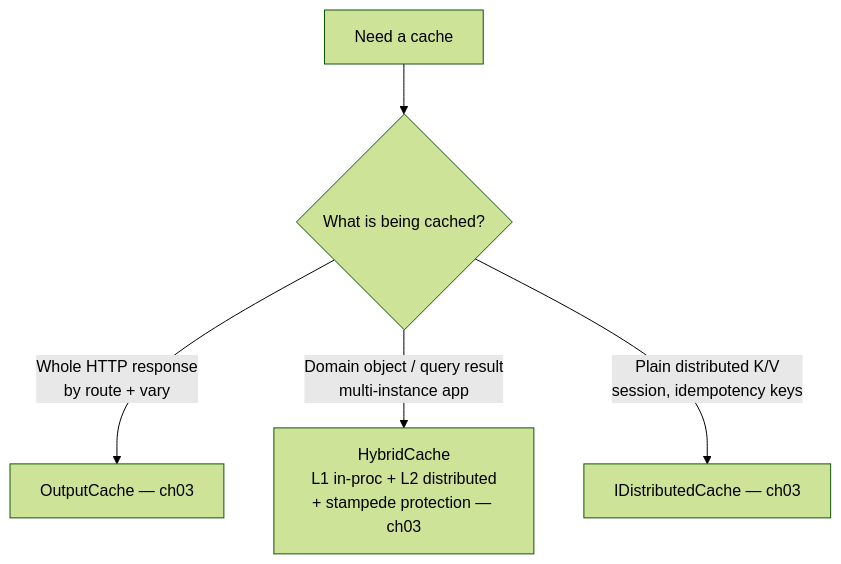
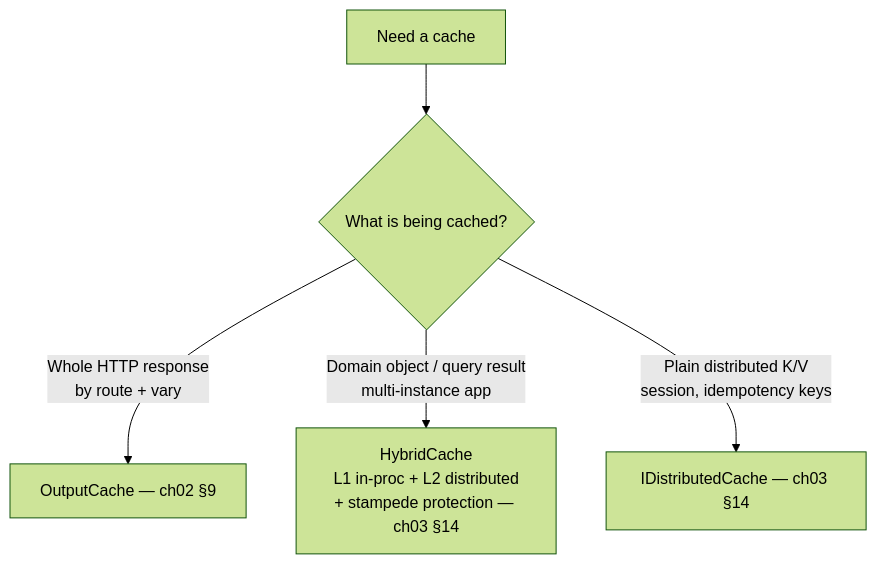
Diagram 13 of 17 in docs/decision-trees.md (mghabin/dotnet-engineering-guide), drawn with Mermaid (forest theme) before and after one commit. The commit also changed other lines of this file and 8 other files, not shown here.

````diff
--- a/docs/decision-trees.md
+++ b/docs/decision-trees.md
@@ -339,7 +340,7 @@
 ```mermaid
 flowchart TD
     A[Need a cache] --> B{What is being cached?}
-    B -->|Whole HTTP response<br/>by route + vary| C[OutputCache — ch03]
-    B -->|Domain object / query result<br/>multi-instance app| D[HybridCache<br/>L1 in-proc + L2 distributed<br/>+ stampede protection — ch03]
-    B -->|Plain distributed K/V<br/>session, idempotency keys| E[IDistributedCache — ch03]
+    B -->|Whole HTTP response<br/>by route + vary| C[OutputCache — ch02 §9]
+    B -->|Domain object / query result<br/>multi-instance app| D[HybridCache<br/>L1 in-proc + L2 distributed<br/>+ stampede protection — ch03 §14]
+    B -->|Plain distributed K/V<br/>session, idempotency keys| E[IDistributedCache — ch03 §14]
 ```
````
